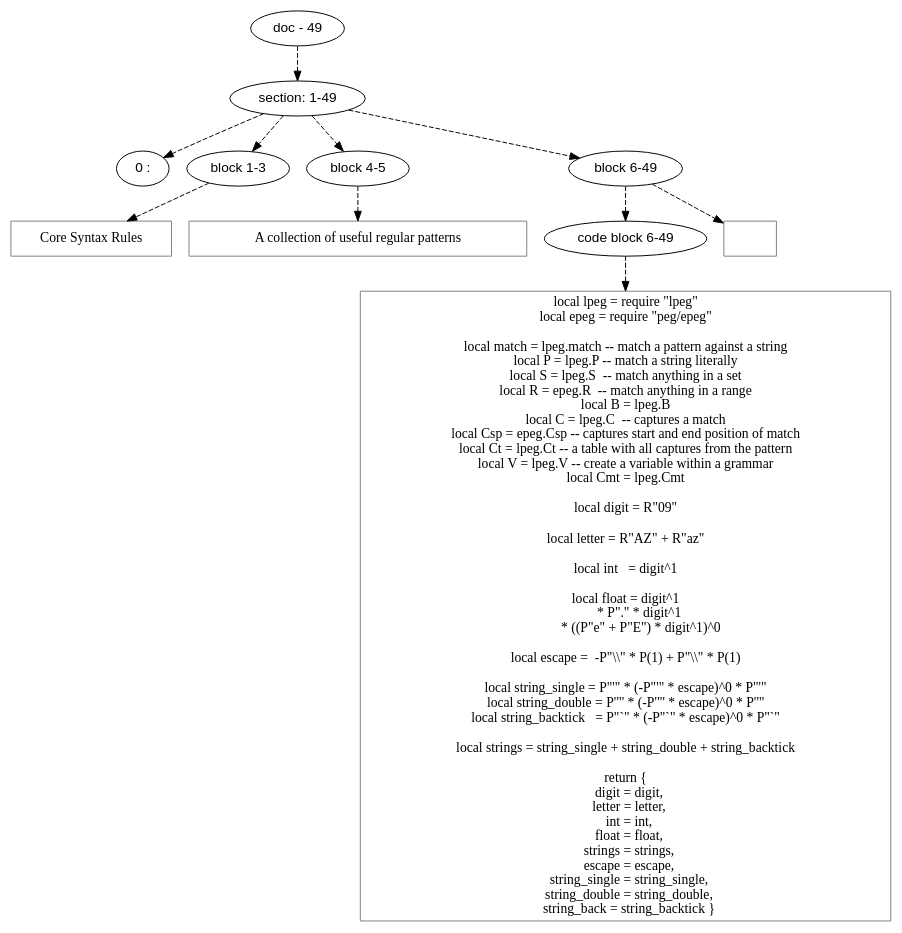
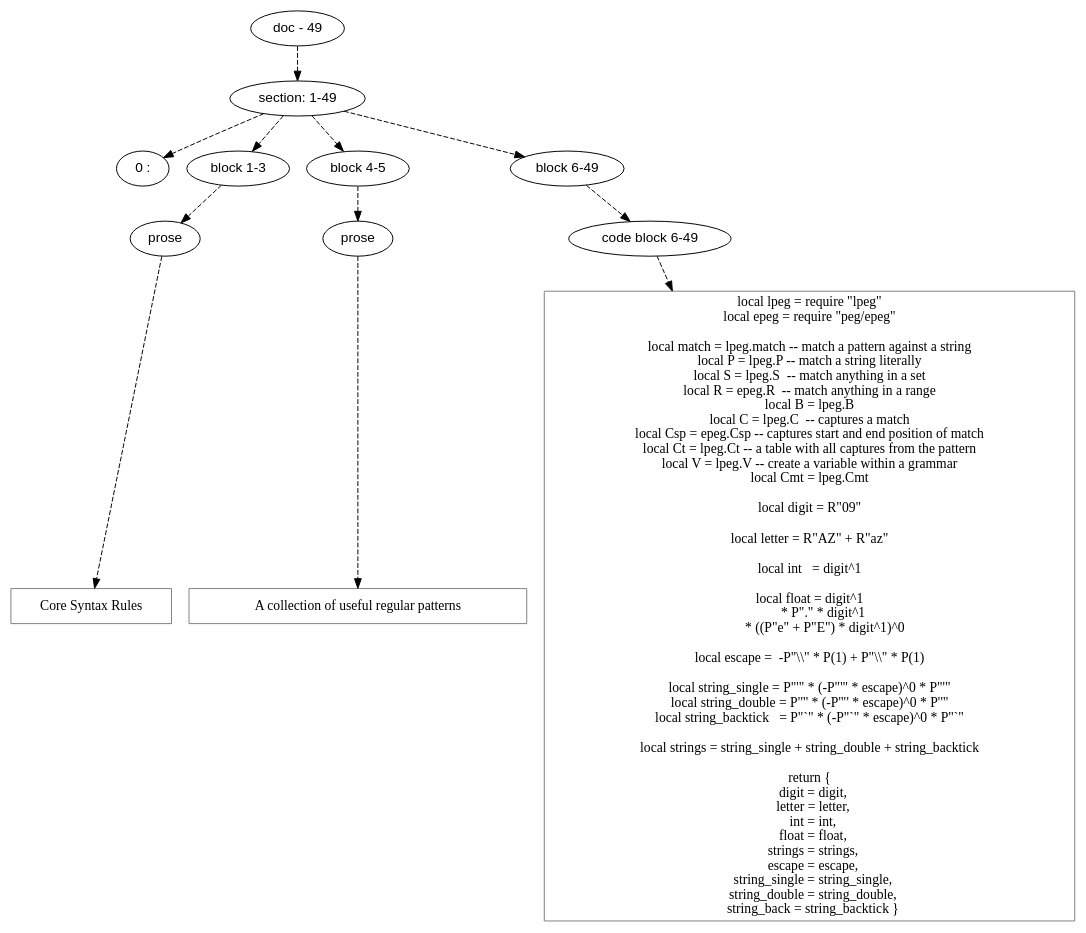
One commit to mnemnion/orb changed the diagram in doc/dot/peg/core-rules.dot. Above: the diagram before and after it, drawn with Graphviz. The commit also changed 120 other files, not shown here.

```diff
--- a/doc/dot/peg/core-rules.dot
+++ b/doc/dot/peg/core-rules.dot
@@ -1,85 +1,95 @@
 digraph hierarchy {
 
 node [fontname=Helvetica]
 edge [style=dashed]
 
 doc_0 [label="doc - 49"]
 
 
 doc_0 -> { section_1}
 {rank=same; section_1}
 
 section_1 [label="section: 1-49"]
 
 
 section_1 -> { header_2 block_3 block_4 block_5}
 {rank=same; header_2 block_3 block_4 block_5}
 
 header_2 [label="0 : "]
 
 block_3 [label="block 1-3"]
 
 block_4 [label="block 4-5"]
 
 block_5 [label="block 6-49"]
 
 
-block_3 -> leaf_6
-leaf_6  [color=Gray,shape=rectangle,fontname=Inconsolata,label=" Core Syntax Rules
-"]
-block_4 -> leaf_7
-leaf_7  [color=Gray,shape=rectangle,fontname=Inconsolata,label=" A collection of useful regular patterns
-"]
-block_5 -> { codeblock_8}
-{rank=same; codeblock_8}
+block_3 -> { prose_6}
+{rank=same; prose_6}
 
-codeblock_8 [label="code block 6-49"]
+prose_6 [label="prose"]
 
 
-codeblock_8 -> leaf_9
-leaf_9  [color=Gray,shape=rectangle,fontname=Inconsolata,label="local lpeg = require \"lpeg\"
+prose_6 -> leaf_7
+leaf_7  [color=Gray,shape=rectangle,fontname=Inconsolata,label=" Core Syntax Rules
+"]
+block_4 -> { prose_8}
+{rank=same; prose_8}
+
+prose_8 [label="prose"]
+
+
+prose_8 -> leaf_9
+leaf_9  [color=Gray,shape=rectangle,fontname=Inconsolata,label=" A collection of useful regular patterns
+"]
+block_5 -> { codeblock_10}
+{rank=same; codeblock_10}
+
+codeblock_10 [label="code block 6-49"]
+
+
+codeblock_10 -> leaf_11
+leaf_11  [color=Gray,shape=rectangle,fontname=Inconsolata,label="local lpeg = require \"lpeg\"
 local epeg = require \"peg/epeg\"
 
 local match = lpeg.match -- match a pattern against a string
 local P = lpeg.P -- match a string literally
 local S = lpeg.S  -- match anything in a set
 local R = epeg.R  -- match anything in a range
 local B = lpeg.B
 local C = lpeg.C  -- captures a match
 local Csp = epeg.Csp -- captures start and end position of match
 local Ct = lpeg.Ct -- a table with all captures from the pattern
 local V = lpeg.V -- create a variable within a grammar
 local Cmt = lpeg.Cmt
 
 local digit = R\"09\"
 
 local letter = R\"AZ\" + R\"az\"
 
 local int   = digit^1
 
 local float = digit^1 
          * P\".\" * digit^1 
           * ((P\"e\" + P\"E\") * digit^1)^0
 
 local escape =  -P\"\\\\\" * P(1) + P\"\\\\\" * P(1)
 
 local string_single = P\"'\" * (-P\"'\" * escape)^0 * P\"'\"
 local string_double = P'\"' * (-P'\"' * escape)^0 * P'\"'
 local string_backtick   = P\"`\" * (-P\"`\" * escape)^0 * P\"`\"
 
 local strings = string_single + string_double + string_backtick
 
 return {
    digit = digit,
    letter = letter,
    int = int,
    float = float,
    strings = strings,
    escape = escape,
    string_single = string_single,
    string_double = string_double,
    string_back = string_backtick }"]
-block_5 -> leaf_10
-leaf_10  [color=Gray,shape=rectangle,fontname=Inconsolata,label=""]
 
 }
```
